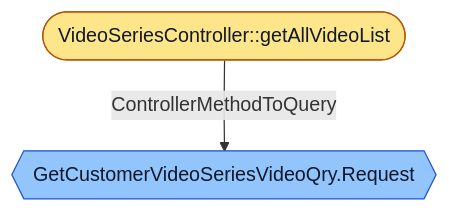
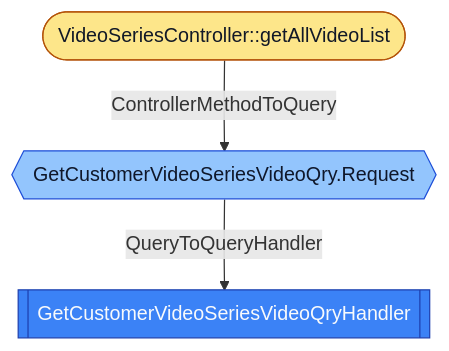
Before and after one commit to LDmoxeii/only-danmuku: the diagram in flows/edu_only4_danmuku_adapter_portal_api_web_VideoSeriesController_getAllVideoList.mmd, drawn with Mermaid. The commit also changed 11 other files, not shown here.

```diff
--- a/flows/edu_only4_danmuku_adapter_portal_api_web_VideoSeriesController_getAllVideoList.mmd
+++ b/flows/edu_only4_danmuku_adapter_portal_api_web_VideoSeriesController_getAllVideoList.mmd
@@ -1,8 +1,12 @@
 flowchart TD
-  N1([VideoSeriesController::getAllVideoList])
-  class N1 controllermethod
-  N2{{GetCustomerVideoSeriesVideoQry.Request}}
-  class N2 query
-  N1 -->|ControllerMethodToQuery| N2
+  N1[[GetCustomerVideoSeriesVideoQryHandler]]
+  class N1 queryhandler
+  N2([VideoSeriesController::getAllVideoList])
+  class N2 controllermethod
+  N3{{GetCustomerVideoSeriesVideoQry.Request}}
+  class N3 query
+  N2 -->|ControllerMethodToQuery| N3
+  N3 -->|QueryToQueryHandler| N1
   classDef controllermethod fill:#FDE68A,stroke:#B45309,color:#111827
   classDef query fill:#93C5FD,stroke:#1D4ED8,color:#0F172A
+  classDef queryhandler fill:#3B82F6,stroke:#1E40AF,color:#F8FAFC
```
